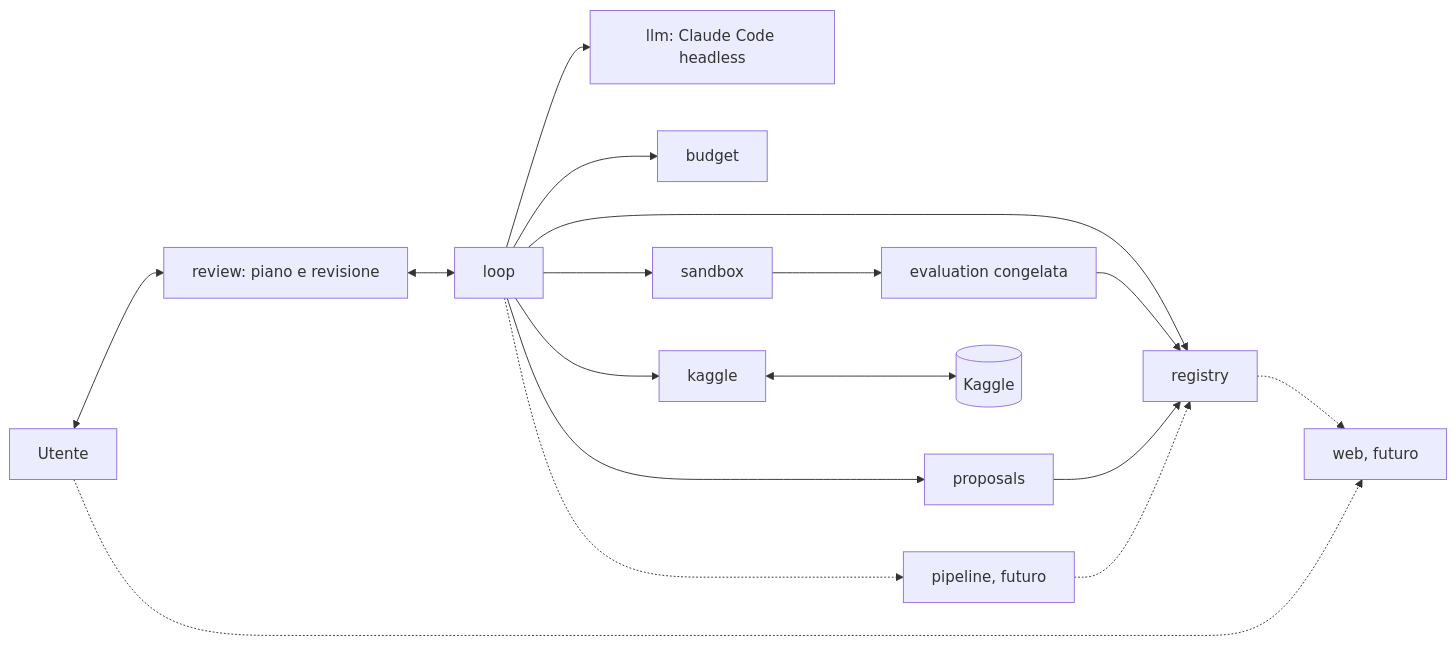
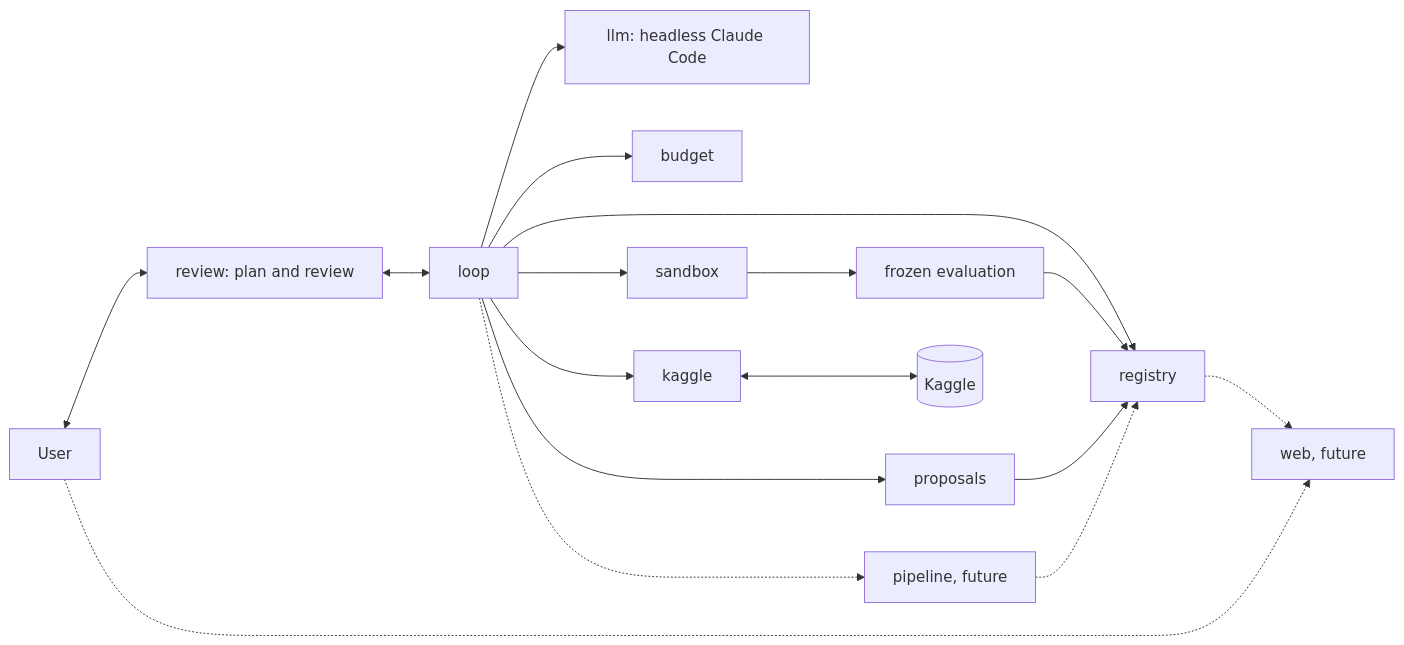
Before and after one commit to a-scaravelli/ds-agent: the diagram in docs/design.md, drawn with Mermaid. The commit also changed other lines of this file and 1 other file, not shown here.

````diff
--- a/docs/design.md
+++ b/docs/design.md
@@ -329,19 +329,19 @@
 ```mermaid
 flowchart LR
-    H[Utente] <--> R[review: piano e revisione]
+    H[User] <--> R[review: plan and review]
     R <--> L[loop]
     L --> P[proposals]
-    L --> LM[llm: Claude Code headless]
+    L --> LM[llm: headless Claude Code]
     L --> B[budget]
     L --> S[sandbox]
-    S --> E[evaluation congelata]
+    S --> E[frozen evaluation]
     L --> G[registry]
     L --> K[kaggle]
     K <--> KG[(Kaggle)]
     E --> G
     P --> G
-    L -.-> PL[pipeline, futuro]
-    G -.-> W[web, futuro]
+    L -.-> PL[pipeline, future]
+    G -.-> W[web, future]
     PL -.-> G
     H -.-> W
 ```
````
